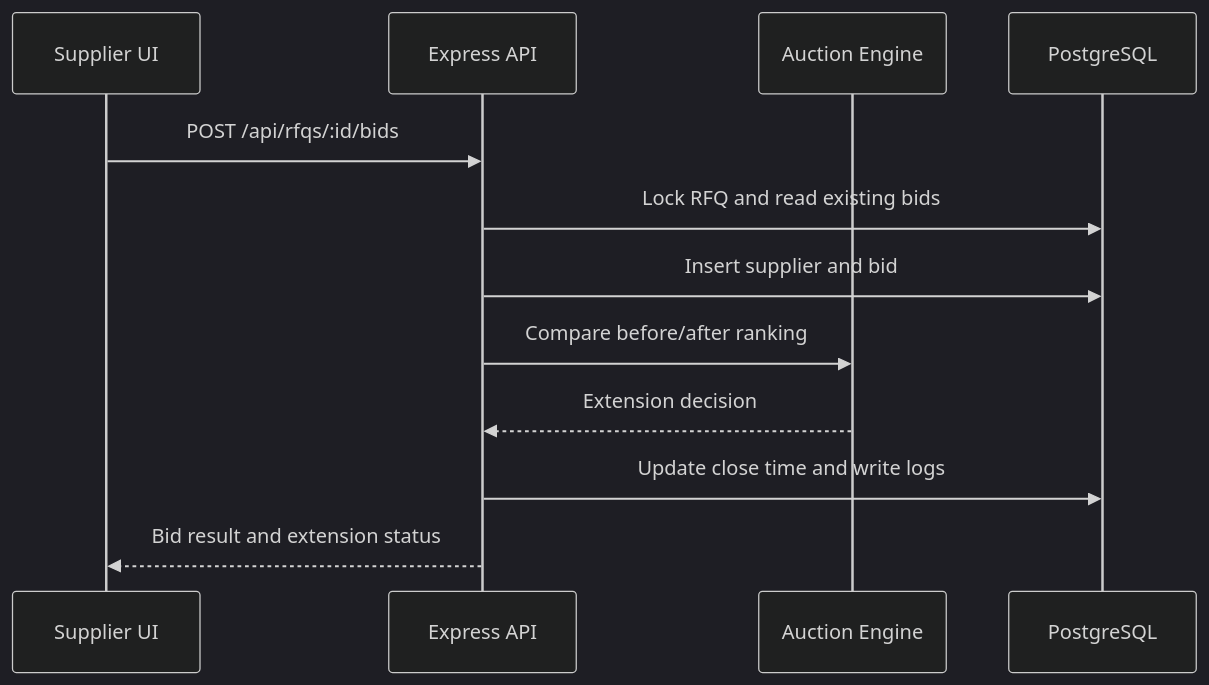
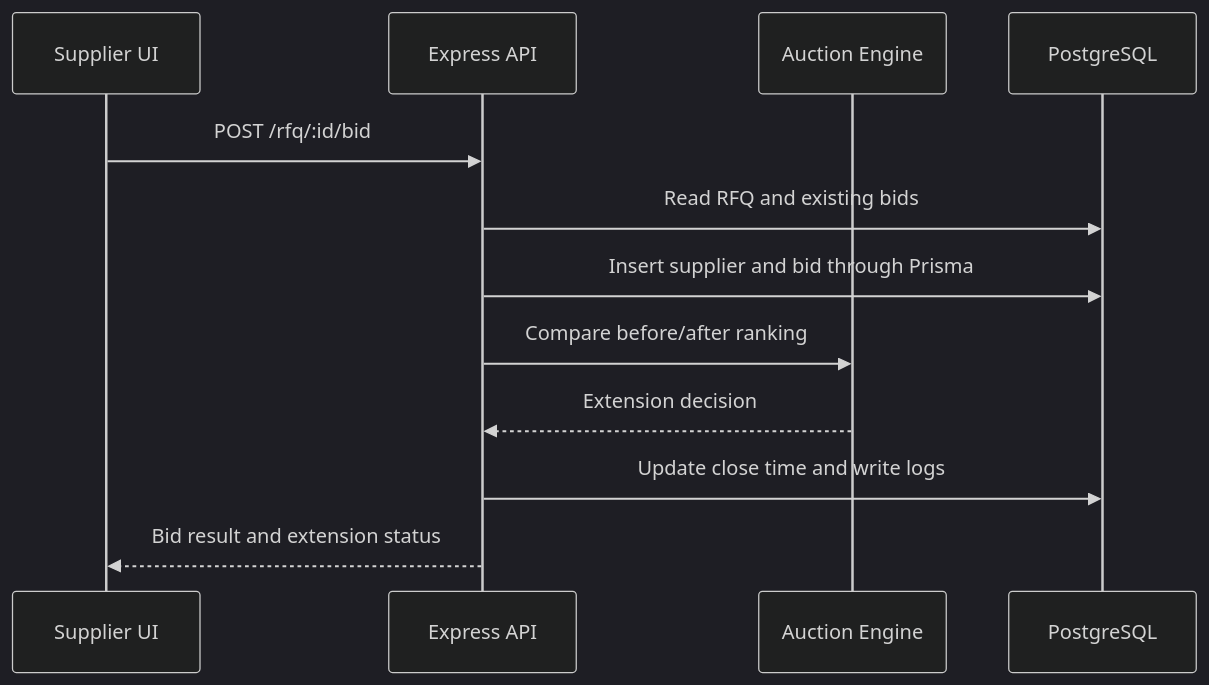
One commit to anujsoni3/British-Auction-System changed the second of 2 diagrams in docs/HLD.md. Above: the diagram before and after it, drawn with Mermaid (dark theme). The commit also changed other lines of this file and 32 other files, not shown here.

````diff
--- a/docs/HLD.md
+++ b/docs/HLD.md
@@ -24,15 +27,15 @@
 ```mermaid
 sequenceDiagram
   participant S as Supplier UI
   participant A as Express API
   participant E as Auction Engine
   participant D as PostgreSQL
 
-  S->>A: POST /api/rfqs/:id/bids
-  A->>D: Lock RFQ and read existing bids
-  A->>D: Insert supplier and bid
+  S->>A: POST /rfq/:id/bid
+  A->>D: Read RFQ and existing bids
+  A->>D: Insert supplier and bid through Prisma
   A->>E: Compare before/after ranking
   E-->>A: Extension decision
   A->>D: Update close time and write logs
   A-->>S: Bid result and extension status
 ```
````
